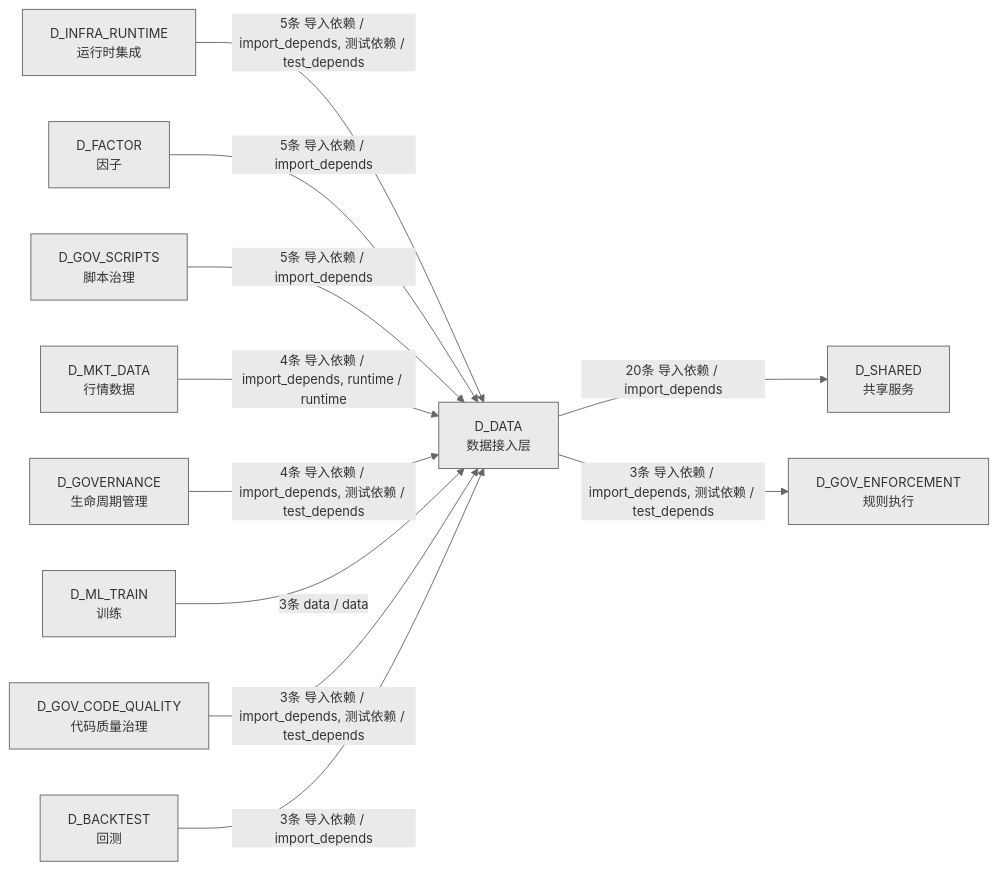
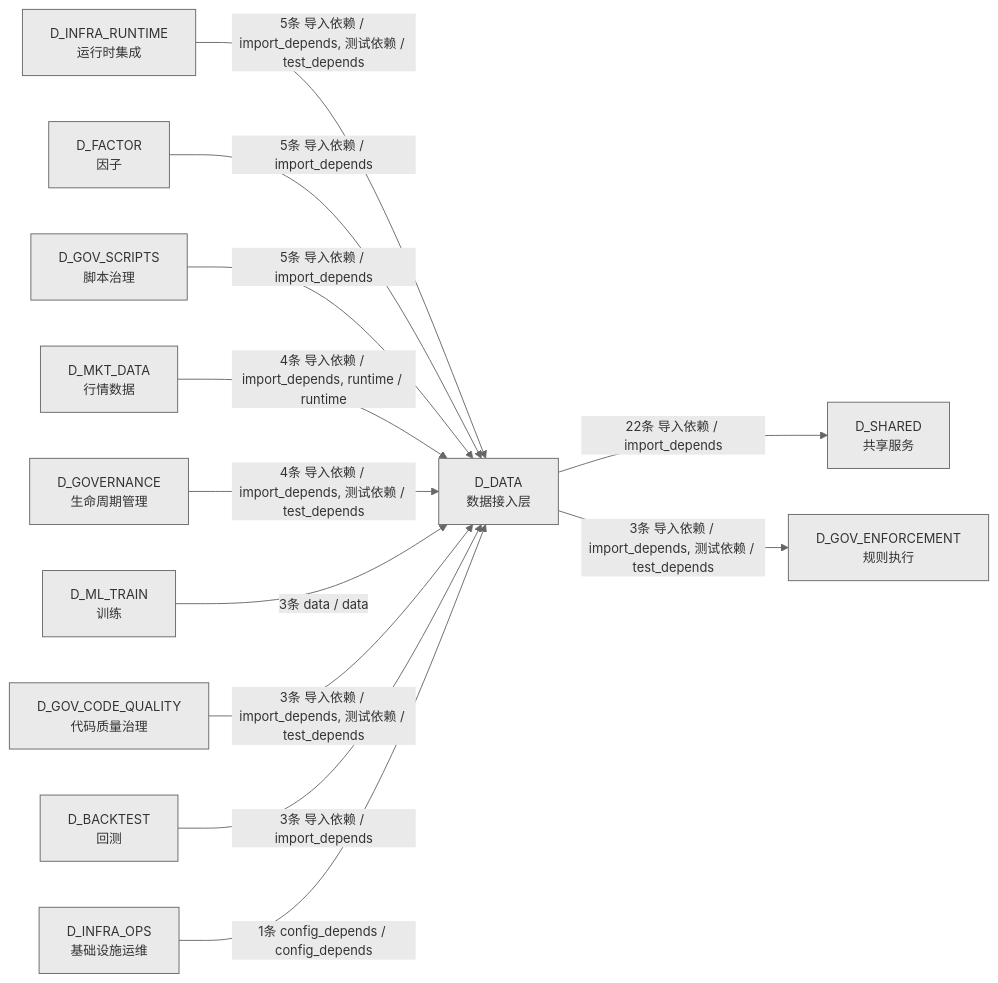
Before and after one commit to xuanFelixVan/ZephyrAlpha: the fourth of 4 diagrams in docs/02_enterprise_architecture/02_domain_architecture_docs/11_d_data.md, drawn with Mermaid. The commit also changed other lines of this file and 43 other files, not shown here.

````diff
--- a/docs/02_enterprise_architecture/02_domain_architecture_docs/11_d_data.md
+++ b/docs/02_enterprise_architecture/02_domain_architecture_docs/11_d_data.md
@@ -1421,25 +1431,27 @@
 ```mermaid
 %%{init: {'theme': 'base', 'themeVariables': {'primaryColor': '#eaeaea', 'primaryTextColor': '#333333', 'primaryBorderColor': '#666666', 'lineColor': '#666666', 'secondaryColor': '#eaeaea', 'tertiaryColor': '#eaeaea', 'fontSize': '14px'}}}%%
 graph LR
     D_DATA["D_DATA<br/>数据接入层"]
     D_SHARED["D_SHARED<br/>共享服务"]
     D_GOV_ENFORCEMENT["D_GOV_ENFORCEMENT<br/>规则执行"]
     D_INFRA_RUNTIME["D_INFRA_RUNTIME<br/>运行时集成"]
     D_FACTOR["D_FACTOR<br/>因子"]
     D_GOV_SCRIPTS["D_GOV_SCRIPTS<br/>脚本治理"]
     D_MKT_DATA["D_MKT_DATA<br/>行情数据"]
     D_GOVERNANCE["D_GOVERNANCE<br/>生命周期管理"]
     D_ML_TRAIN["D_ML_TRAIN<br/>训练"]
     D_GOV_CODE_QUALITY["D_GOV_CODE_QUALITY<br/>代码质量治理"]
     D_BACKTEST["D_BACKTEST<br/>回测"]
-    D_DATA -->|20条 导入依赖 / import_depends| D_SHARED
+    D_INFRA_OPS["D_INFRA_OPS<br/>基础设施运维"]
+    D_DATA -->|22条 导入依赖 / import_depends| D_SHARED
     D_DATA -->|3条 导入依赖 / import_depends, 测试依赖 / test_depends| D_GOV_ENFORCEMENT
     D_INFRA_RUNTIME -->|5条 导入依赖 / import_depends, 测试依赖 / test_depends| D_DATA
     D_FACTOR -->|5条 导入依赖 / import_depends| D_DATA
     D_GOV_SCRIPTS -->|5条 导入依赖 / import_depends| D_DATA
     D_MKT_DATA -->|4条 导入依赖 / import_depends, runtime / runtime| D_DATA
     D_GOVERNANCE -->|4条 导入依赖 / import_depends, 测试依赖 / test_depends| D_DATA
     D_ML_TRAIN -->|3条 data / data| D_DATA
     D_GOV_CODE_QUALITY -->|3条 导入依赖 / import_depends, 测试依赖 / test_depends| D_DATA
     D_BACKTEST -->|3条 导入依赖 / import_depends| D_DATA
+    D_INFRA_OPS -->|1条 config_depends / config_depends| D_DATA
 ```
````
